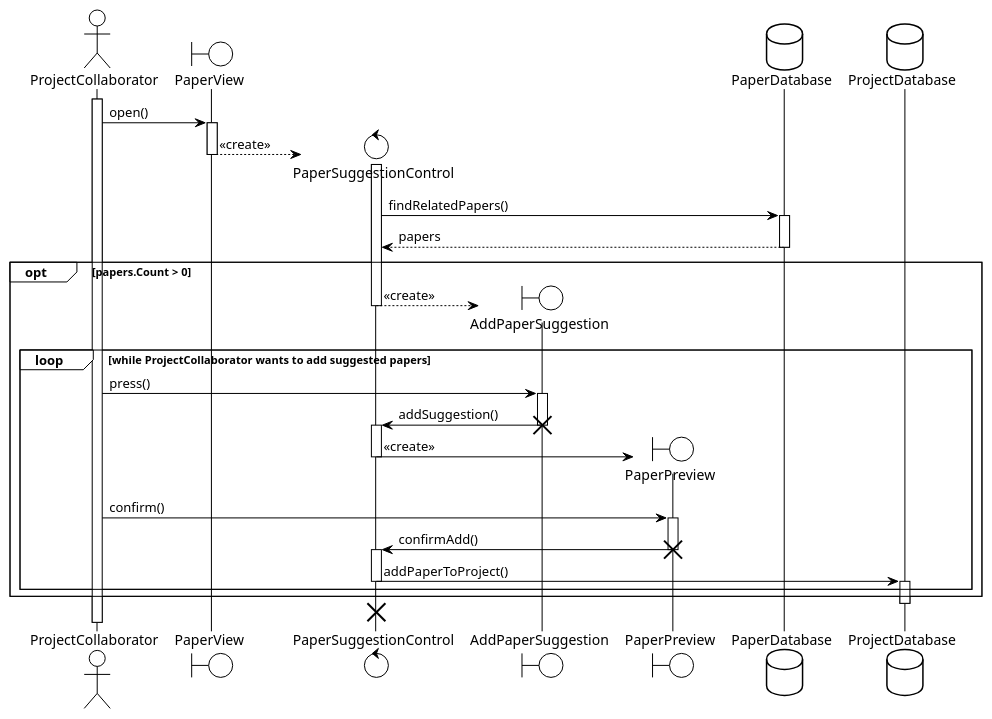
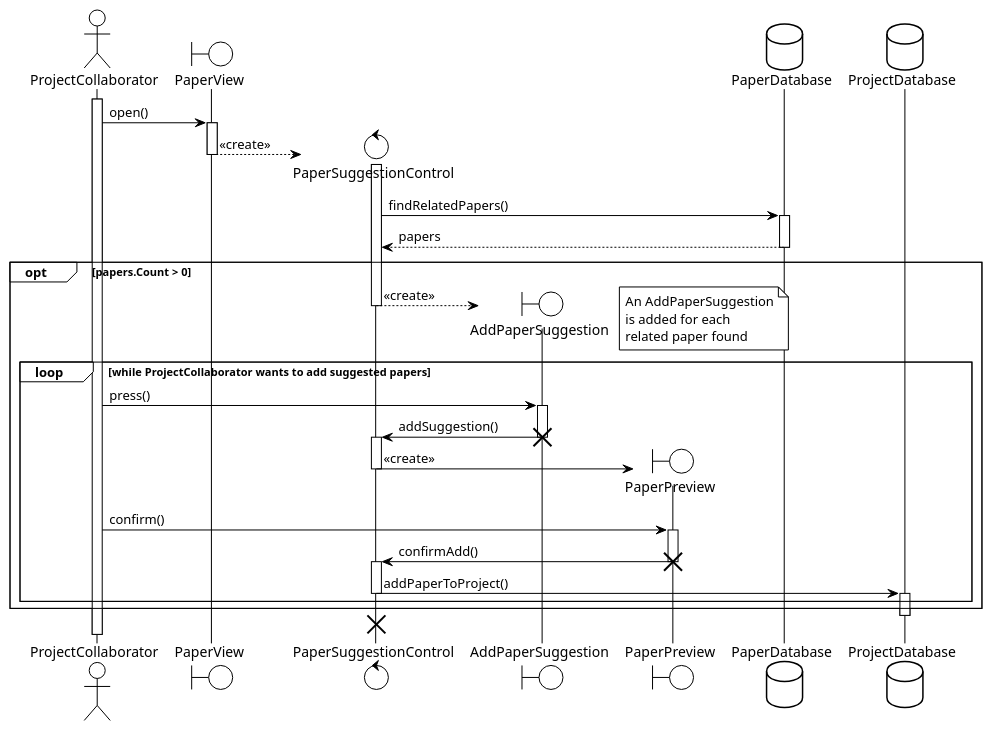
One commit to BlueMango10/Project-uml changed the diagram in Use case sequence diagrams/AddSuggestedPaper.puml. Above: the diagram before and after it, drawn with PlantUML. The commit also changed 1 other file, not shown here.

```diff
--- a/Use case sequence diagrams/AddSuggestedPaper.puml
+++ b/Use case sequence diagrams/AddSuggestedPaper.puml
@@ -1,61 +1,67 @@
 @startuml AddSuggestedPaper
 !theme plain
 actor ProjectCollaborator as pc
 boundary PaperView as pv
 control PaperSuggestionControl as psc
 boundary AddPaperSuggestion as aps
 boundary PaperPreview as pp
 database PaperDatabase as pd
 database ProjectDatabase as pd2
 
 activate pc
 
 pc -> pv : open()
 activate pv
 
 create psc
 pv --> psc : <<create>>
 activate psc
 deactivate pv
 
 psc -> pd : findRelatedPapers()
 activate pd
 pd --> psc : papers
 deactivate pd
 
 opt papers.Count > 0
 
 	create aps
 	psc --> aps : <<create>>
 	deactivate psc
+	
+	note right
+	An AddPaperSuggestion
+	is added for each
+	related paper found
+	end note
 
 	loop while ProjectCollaborator wants to add suggested papers
 
 		pc -> aps : press()
 		activate aps
 
 		aps -> psc : addSuggestion()
 		destroy aps
 		activate psc
 
 		create pp
 		psc -> pp : <<create>>
 		deactivate psc
 
 		pc -> pp : confirm()
 		activate pp
 
 		pp -> psc : confirmAdd()
 		destroy pp
 		activate psc
 
 		psc -> pd2 : addPaperToProject()
 		deactivate psc
 		activate pd2
 
 	end
 end
 deactivate pd2
 
 destroy psc
 @enduml
```
